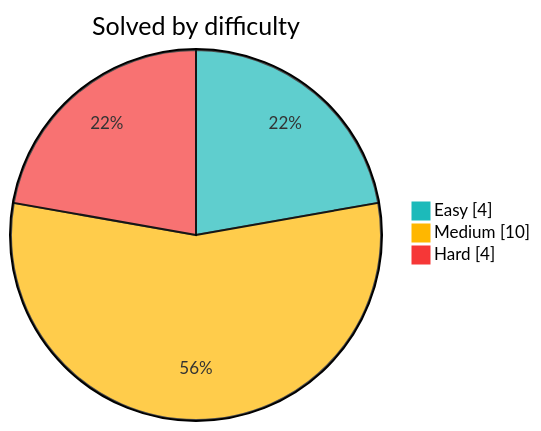
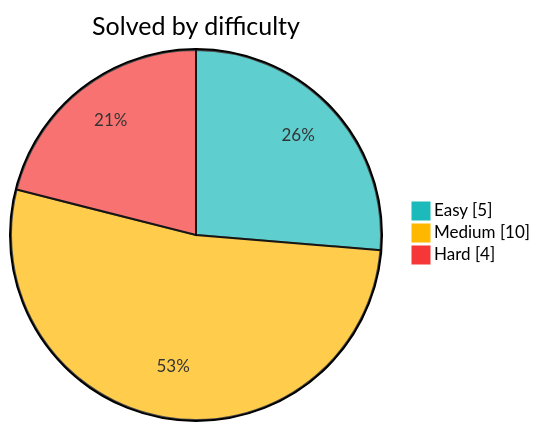
One commit to Sekler09/algorithms changed the diagram in README.md. Above: the diagram before and after it, drawn with Mermaid. The commit also changed other lines of this file and 3 other files, not shown here.

````diff
--- a/README.md
+++ b/README.md
@@ -9,8 +9,8 @@
 ```mermaid
 %%{init: {"themeVariables": {"pie1": "#1cbaba", "pie2": "#ffb700", "pie3": "#f63737"}}}%%
 pie showData
     title Solved by difficulty
-    "Easy" : 4
+    "Easy" : 5
     "Medium" : 10
     "Hard" : 4
 ```
````
